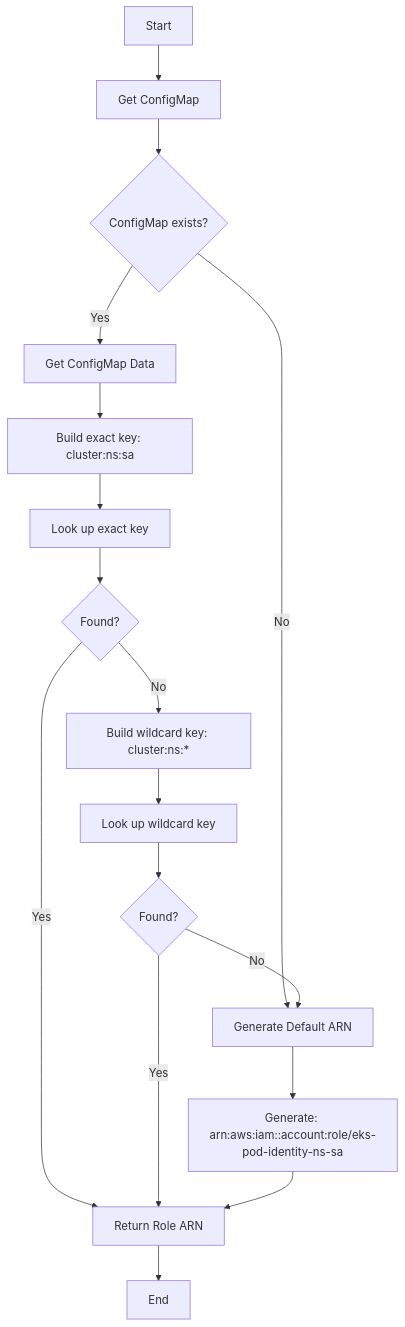
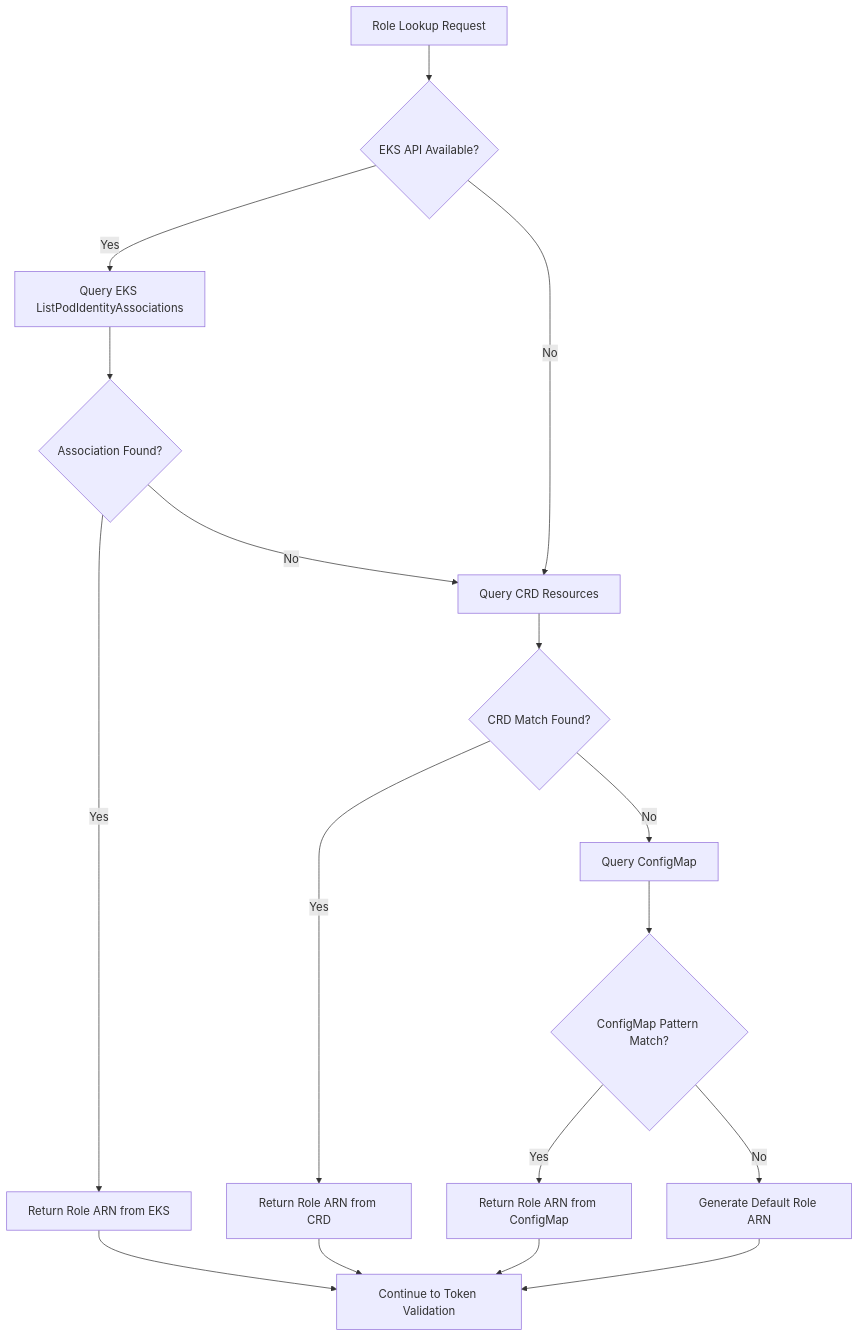
One commit to plasticity-of-cloud/express-compute-control-plane changed the second of 14 diagrams in .agents/summary/workflows.md. Above: the diagram before and after it, drawn with Mermaid. The commit also changed other lines of this file and 23 other files, not shown here.

````diff
--- a/.agents/summary/workflows.md
+++ b/.agents/summary/workflows.md
@@ -99,22 +60,23 @@
 ```mermaid
-graph TB
-    A[Start] --> B[Get ConfigMap]
-    B --> C{ConfigMap exists?}
-    C -->|No| D[Generate Default ARN]
-    C -->|Yes| E[Get ConfigMap Data]
+graph TD
+    A[Role Lookup Request] --> B{EKS API Available?}
+    B -->|Yes| C[Query EKS ListPodIdentityAssociations]
+    B -->|No| D[Query CRD Resources]
     
-    E --> F[Build exact key: cluster:ns:sa]
-    F --> G[Look up exact key]
-    G --> H{Found?}
-    H -->|Yes| I[Return Role ARN]
-    H -->|No| J[Build wildcard key: cluster:ns:*]
+    C --> E{Association Found?}
+    E -->|Yes| F[Return Role ARN from EKS]
+    E -->|No| D
     
-    J --> K[Look up wildcard key]
-    K --> L{Found?}
-    L -->|Yes| I
-    L -->|No| D
+    D --> G{CRD Match Found?}
+    G -->|Yes| H[Return Role ARN from CRD]
+    G -->|No| I[Query ConfigMap]
     
-    D --> M[Generate: arn:aws:iam::account:role/eks-pod-identity-ns-sa]
-    M --> I
-    I --> N[End]
+    I --> J{ConfigMap Pattern Match?}
+    J -->|Yes| K[Return Role ARN from ConfigMap]
+    J -->|No| L[Generate Default Role ARN]
+    
+    F --> M[Continue to Token Validation]
+    H --> M
+    K --> M
+    L --> M
 ```
````
